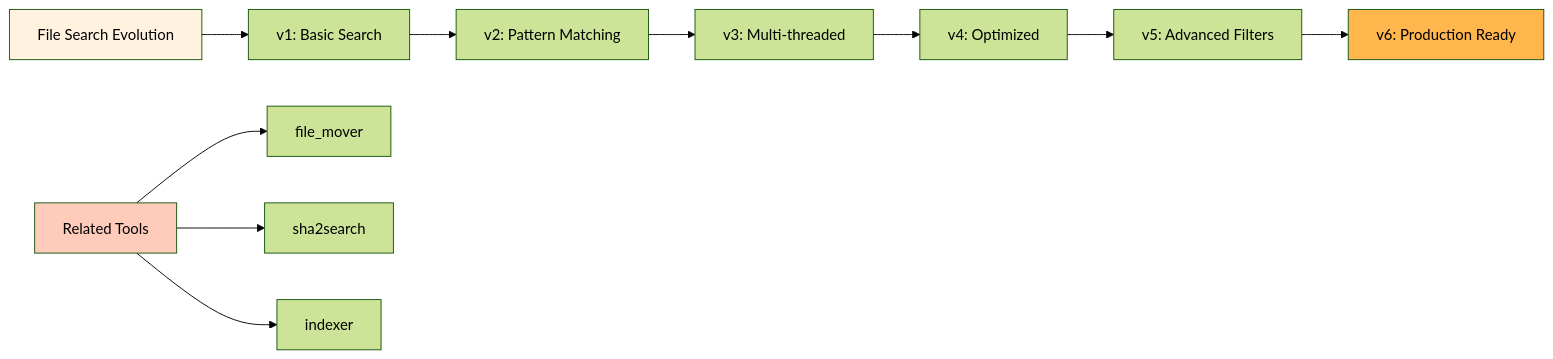
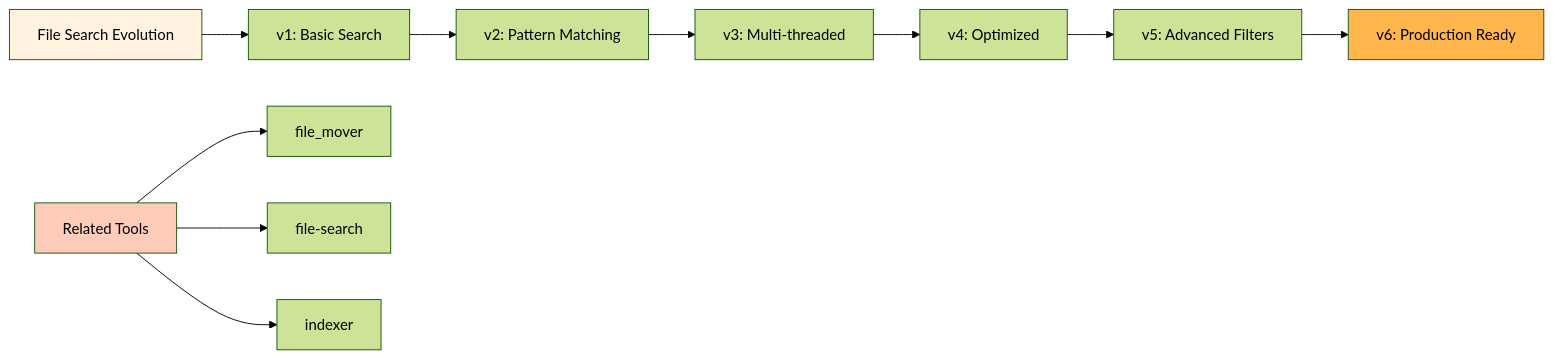
Before and after one commit to danindiana/Rust_Lang_GPT: the fifth of 11 diagrams in README.md, drawn with Mermaid (forest theme). The commit also changed other lines of this file and 13 other files, not shown here.

````diff
--- a/README.md
+++ b/README.md
@@ -149,17 +169,17 @@
 ```mermaid
 flowchart LR
     A[File Search Evolution] --> B[v1: Basic Search]
     B --> C[v2: Pattern Matching]
     C --> D[v3: Multi-threaded]
     D --> E[v4: Optimized]
     E --> F[v5: Advanced Filters]
     F --> G[v6: Production Ready]
 
     H[Related Tools] --> I[file_mover]
-    H --> J[sha2search]
+    H --> J[file-search]
     H --> K[indexer]
 
     style A fill:#FFF3E0
     style G fill:#FFB74D
     style H fill:#FFCCBC
 ```
````
